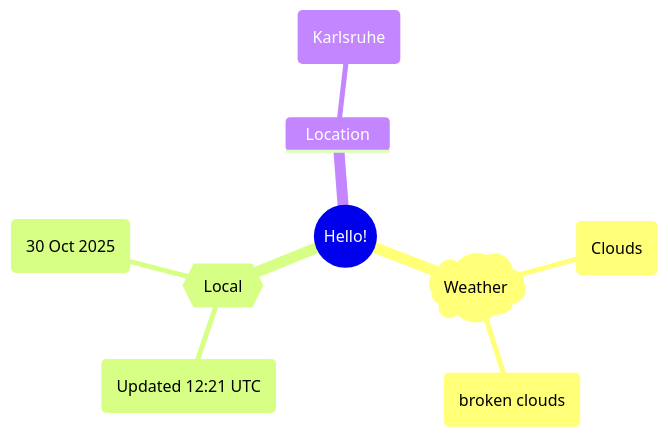
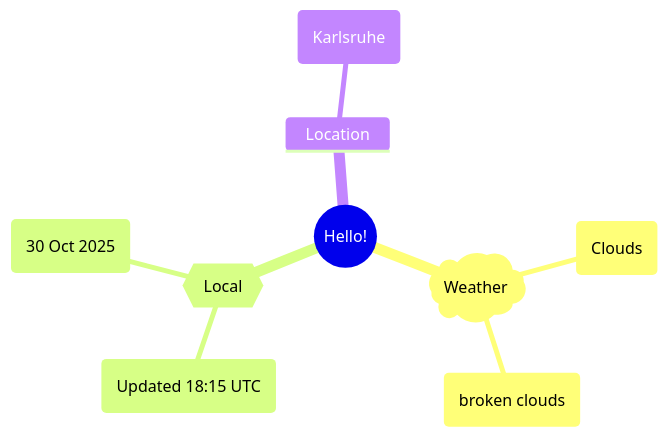
The first of 2 diagrams in README.md (Xosrov/Xosrov), drawn with Mermaid before and after one commit.

Commit message:
[bot] updated images

````diff
--- a/README.md
+++ b/README.md
@@ -3,12 +3,12 @@
 ```mermaid
 mindmap
   root((Hello!))
     )Weather(
         (Clouds)
         (broken clouds)
     {{Local}}
-        (Updated 12:21 UTC)
+        (Updated 18:15 UTC)
         (30 Oct 2025)
     Location
         (Karlsruhe)
 ```
````
